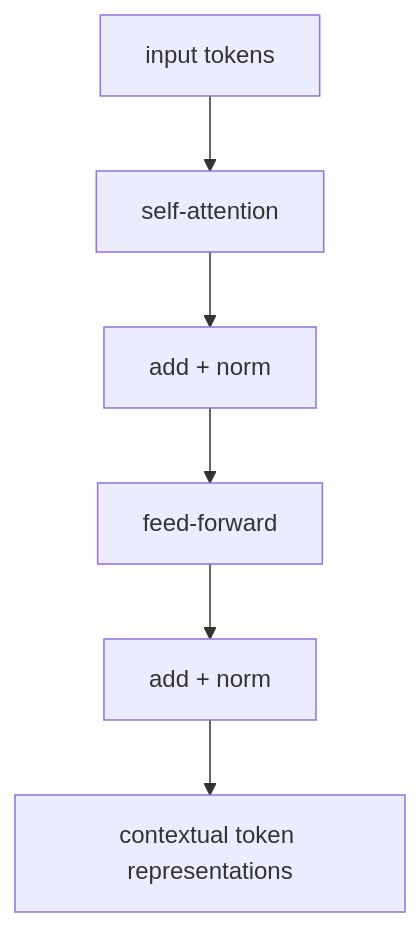
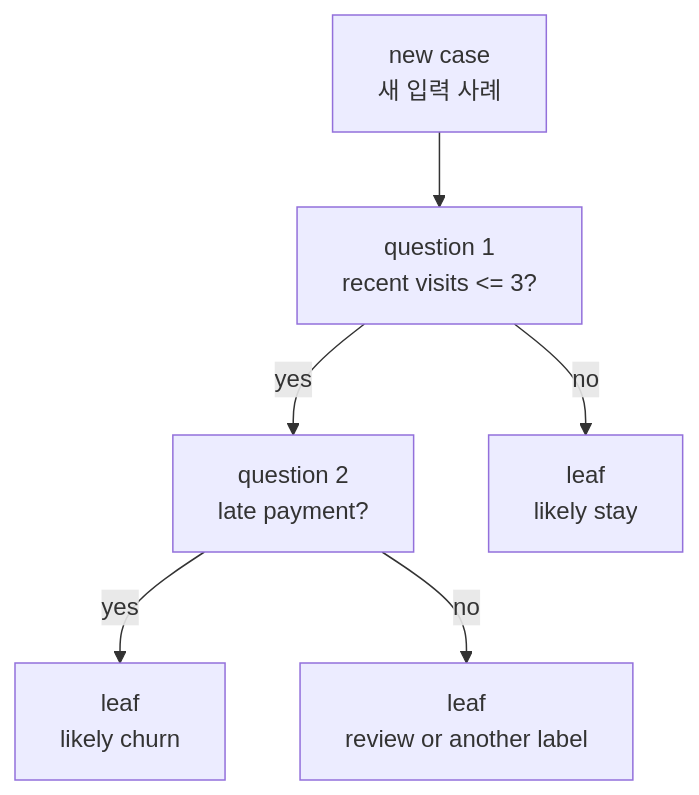
Before and after one commit to devchan64/AiBook: the first of 2 diagrams in docs/parts/part-04/chapter-14/section-01.md, drawn with Mermaid. The commit also changed other lines of this file and 213 other files, not shown here.

````diff
--- a/docs/parts/part-04/chapter-14/section-01.md
+++ b/docs/parts/part-04/chapter-14/section-01.md
@@ -153,15 +92,15 @@
 ```mermaid
 flowchart TD
-  A["input tokens"]
-  B["self-attention"]
-  C["add + norm"]
-  D["feed-forward"]
-  E["add + norm"]
-  F["contextual token representations"]
+  A["new case<br/>새 입력 사례"]
+  B["question 1<br/>recent visits <= 3?"]
+  C["question 2<br/>late payment?"]
+  D["leaf<br/>likely churn"]
+  E["leaf<br/>likely stay"]
+  F["leaf<br/>review or another label"]
 
   A --> B
-  B --> C
-  C --> D
-  D --> E
-  E --> F
+  B -->|yes| C
+  B -->|no| E
+  C -->|yes| D
+  C -->|no| F
 ```
````
